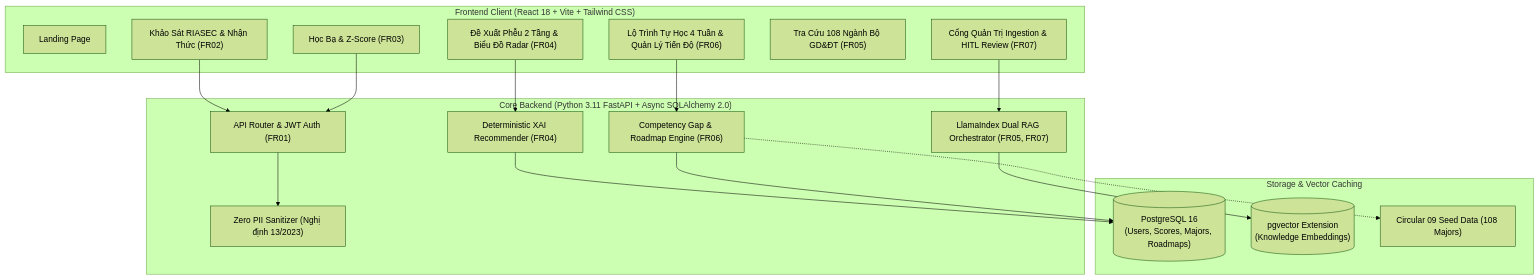
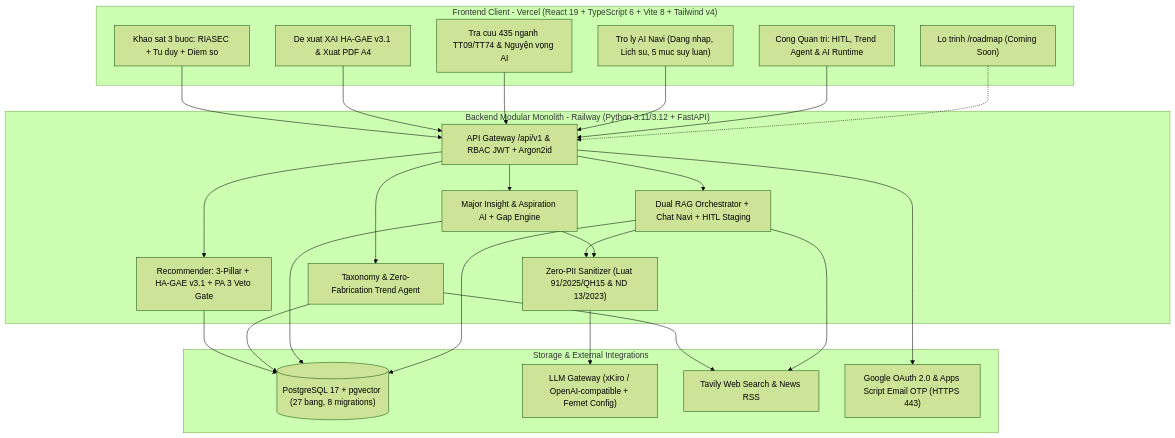
One commit to DTU-C1SE-71/AI-CAREERGUIDE changed the diagram in README.md. Above: the diagram before and after it, drawn with Mermaid (forest theme). The commit also changed other lines of this file, not shown here.

Commit message:
docs(readme): update architecture, HA-GAE v3.1, deployment and team C1SE.71

````diff
--- a/README.md
+++ b/README.md
@@ -43,38 +84,50 @@
 ```mermaid
 flowchart TD
-    subgraph Frontend["Frontend Client (React 18 + Vite + Tailwind CSS)"]
-        UI_Home["Landing Page"]
-        UI_Assess["Khảo Sát RIASEC & Nhận Thức (FR02)"]
-        UI_Transcript["Học Bạ & Z-Score (FR03)"]
-        UI_XAI["Đề Xuất Phễu 2 Tầng & Biểu Đồ Radar (FR04)"]
-        UI_Roadmap["Lộ Trình Tự Học 4 Tuần & Quản Lý Tiến Độ (FR06)"]
-        UI_Taxonomy["Tra Cứu 108 Ngành Bộ GD&ĐT (FR05)"]
-        UI_Admin["Cổng Quản Trị Ingestion & HITL Review (FR07)"]
+    subgraph Client["Frontend Client - Vercel (React 19 + TypeScript 6 + Vite 8 + Tailwind v4)"]
+        UI_Survey["Khao sat 3 buoc: RIASEC + Tu duy + Diem so"]
+        UI_Rec["De xuat XAI HA-GAE v3.1 & Xuat PDF A4"]
+        UI_Catalog["Tra cuu 435 nganh TT09/TT74 & Nguyện vọng AI"]
+        UI_Navi["Tro ly AI Navi (Dang nhap, Lich su, 5 muc suy luan)"]
+        UI_Admin["Cong Quan tri: HITL, Trend Agent & AI Runtime"]
+        UI_Roadmap["Lo trinh /roadmap (Coming Soon)"]
     end
 
-    subgraph Backend["Core Backend (Python 3.11 FastAPI + Async SQLAlchemy 2.0)"]
-        API_Gateway["API Router & JWT Auth (FR01)"]
-        XAI_Engine["Deterministic XAI Recommender (FR04)"]
-        Gap_Engine["Competency Gap & Roadmap Engine (FR06)"]
-        Dual_RAG["LlamaIndex Dual RAG Orchestrator (FR05, FR07)"]
-        Sanitizer["Zero PII Sanitizer (Nghị định 13/2023)"]
+    subgraph Backend["Backend Modular Monolith - Railway (Python 3.11/3.12 + FastAPI)"]
+        Router["API Gateway /api/v1 & RBAC JWT + Argon2id"]
+        Svc_Rec["Recommender: 3-Pillar + HA-GAE v3.1 + PA 3 Veto Gate"]
+        Svc_Tax["Taxonomy & Zero-Fabrication Trend Agent"]
+        Svc_RAG["Dual RAG Orchestrator + Chat Navi + HITL Staging"]
+        Svc_Insight["Major Insight & Aspiration AI + Gap Engine"]
+        Sanitizer["Zero-PII Sanitizer (Luat 91/2025/QH15 & ND 13/2023)"]
     end
 
-    subgraph DataLayer["Storage & Vector Caching"]
-        PG_DB[("PostgreSQL 16\n(Users, Scores, Majors, Roadmaps)")]
-        PG_Vector[("pgvector Extension\n(Knowledge Embeddings)")]
-        Local_Catalog["Circular 09 Seed Data (108 Majors)"]
+    subgraph DataExt["Storage & External Integrations"]
+        PG_DB[("PostgreSQL 17 + pgvector (27 bang, 8 migrations)")]
+        LLM_GW["LLM Gateway (xKiro / OpenAI-compatible + Fernet Config)"]
+        Search_Ext["Tavily Web Search & News RSS"]
+        Auth_Ext["Google OAuth 2.0 & Apps Script Email OTP (HTTPS 443)"]
     end
 
-    UI_Assess --> API_Gateway
-    UI_Transcript --> API_Gateway
-    UI_XAI --> XAI_Engine
-    UI_Roadmap --> Gap_Engine
-    UI_Admin --> Dual_RAG
+    UI_Survey --> Router
+    UI_Rec --> Router
+    UI_Catalog --> Router
+    UI_Navi --> Router
+    UI_Admin --> Router
+    UI_Roadmap -.-> Router
 
-    API_Gateway --> Sanitizer
-    XAI_Engine --> PG_DB
-    Gap_Engine --> PG_DB
-    Dual_RAG --> PG_Vector
-    Gap_Engine -.-> Local_Catalog
+    Router --> Svc_Rec
+    Router --> Svc_Tax
+    Router --> Svc_RAG
+    Router --> Svc_Insight
+    Router --> Auth_Ext
+
+    Svc_Rec --> PG_DB
+    Svc_Tax --> PG_DB
+    Svc_Tax --> Search_Ext
+    Svc_Insight --> PG_DB
+    Svc_RAG --> PG_DB
+    Svc_RAG --> Sanitizer
+    Svc_Insight --> Sanitizer
+    Sanitizer --> LLM_GW
+    Svc_RAG --> Search_Ext
 ```
````
